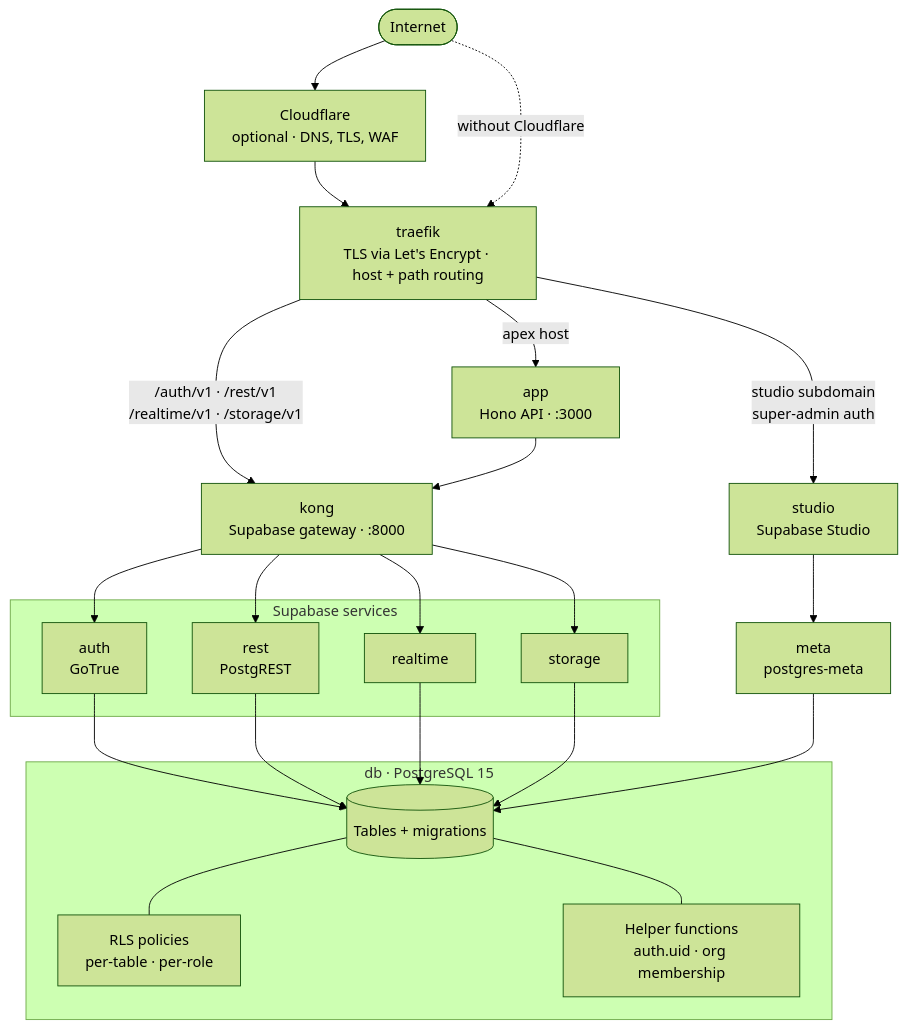
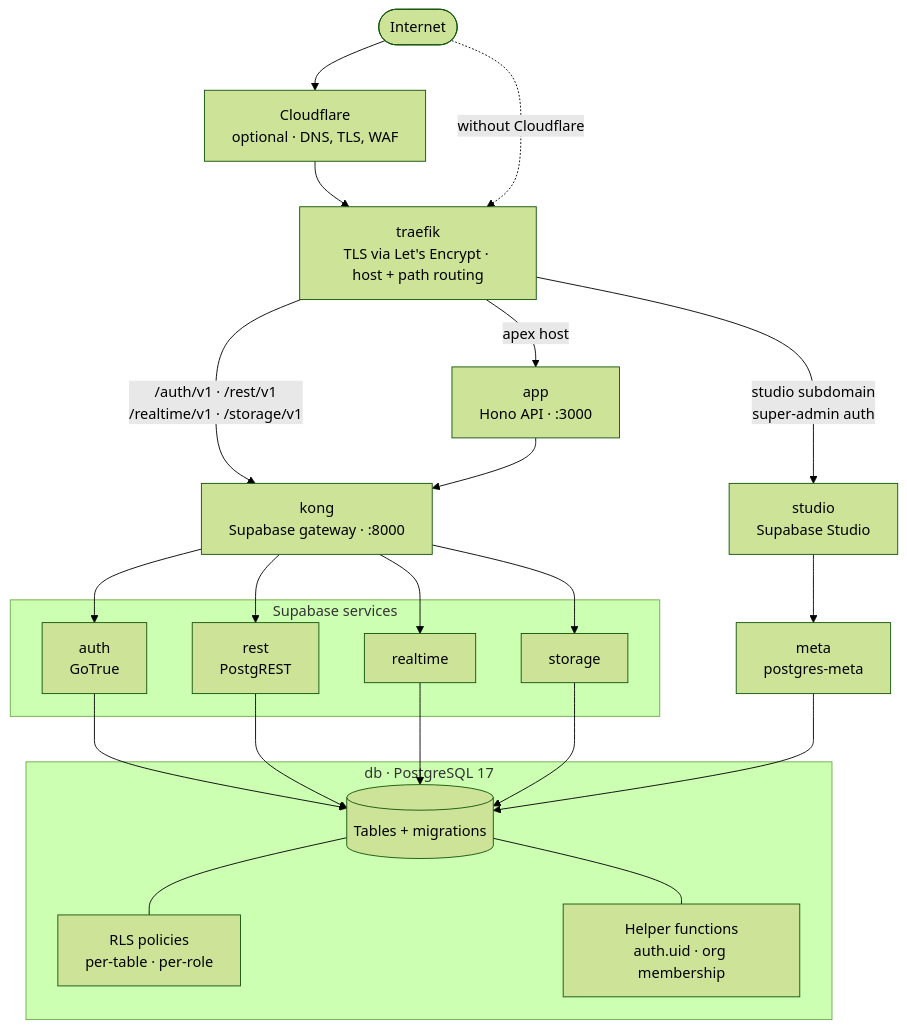
One commit to hyperformant/vibecarbon changed the diagram in carbon/README.md. Above: the diagram before and after it, drawn with Mermaid (forest theme). The commit also changed 1 other file, not shown here.

Commit message:
docs: PostgreSQL 15 → 17 on all claim surfaces
Claude-Session: https://claude.ai/code/session_01RT5i3zefERhFE4ZAWwZomC

````diff
--- a/carbon/README.md
+++ b/carbon/README.md
@@ -42,43 +42,43 @@
 ```mermaid
 flowchart TD
     NET(["Internet"])
     CF["Cloudflare<br/>optional · DNS, TLS, WAF"]
     TR["traefik<br/>TLS via Let's Encrypt · host + path routing"]
 
     NET --> CF
     CF --> TR
     NET -.->|"without Cloudflare"| TR
 
     TR -->|"apex host"| APP["app<br/>Hono API · :3000"]
     TR -->|"/auth/v1 · /rest/v1<br/>/realtime/v1 · /storage/v1"| KONG["kong<br/>Supabase gateway · :8000"]
     TR -->|"studio subdomain<br/>super-admin auth"| STUDIO["studio<br/>Supabase Studio"]
 
     APP --> KONG
 
     subgraph SUPA["Supabase services"]
         AUTH["auth<br/>GoTrue"]
         REST["rest<br/>PostgREST"]
         RT["realtime"]
         STORE["storage"]
     end
 
     KONG --> AUTH
     KONG --> REST
     KONG --> RT
     KONG --> STORE
     STUDIO --> META["meta<br/>postgres-meta"]
 
-    subgraph PG["db · PostgreSQL 15"]
+    subgraph PG["db · PostgreSQL 17"]
         DB[("Tables + migrations")]
         RLS["RLS policies<br/>per-table · per-role"]
         FN["Helper functions<br/>auth.uid · org membership"]
         DB --- RLS
         DB --- FN
     end
 
     AUTH --> DB
     REST --> DB
     RT --> DB
     STORE --> DB
     META --> DB
 ```
````
